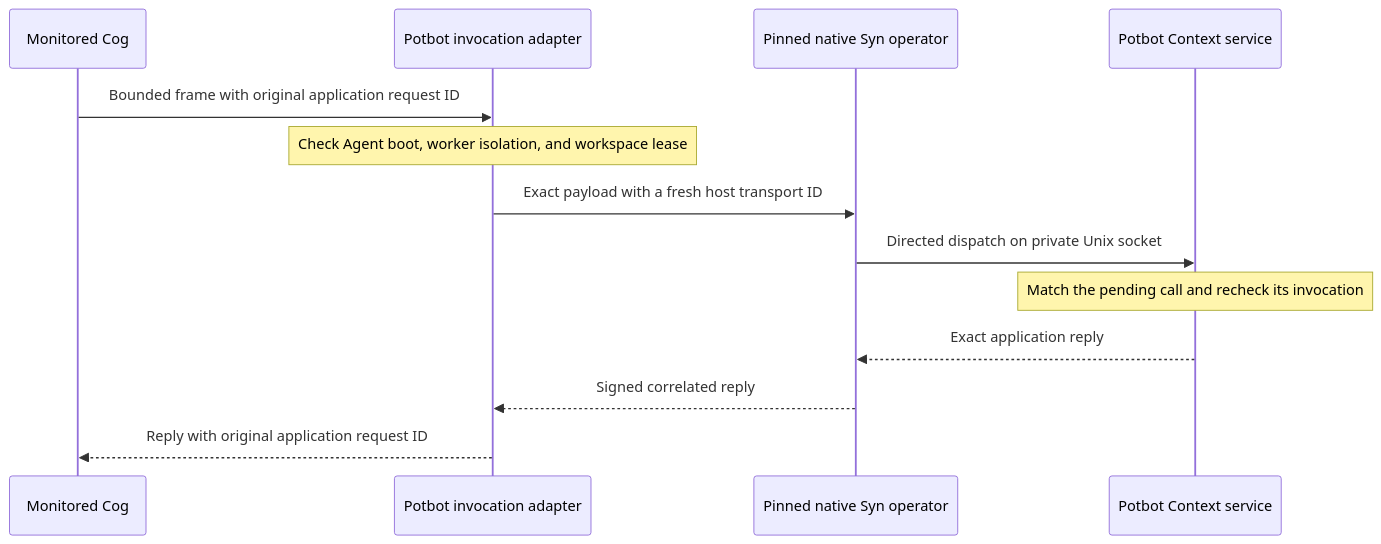
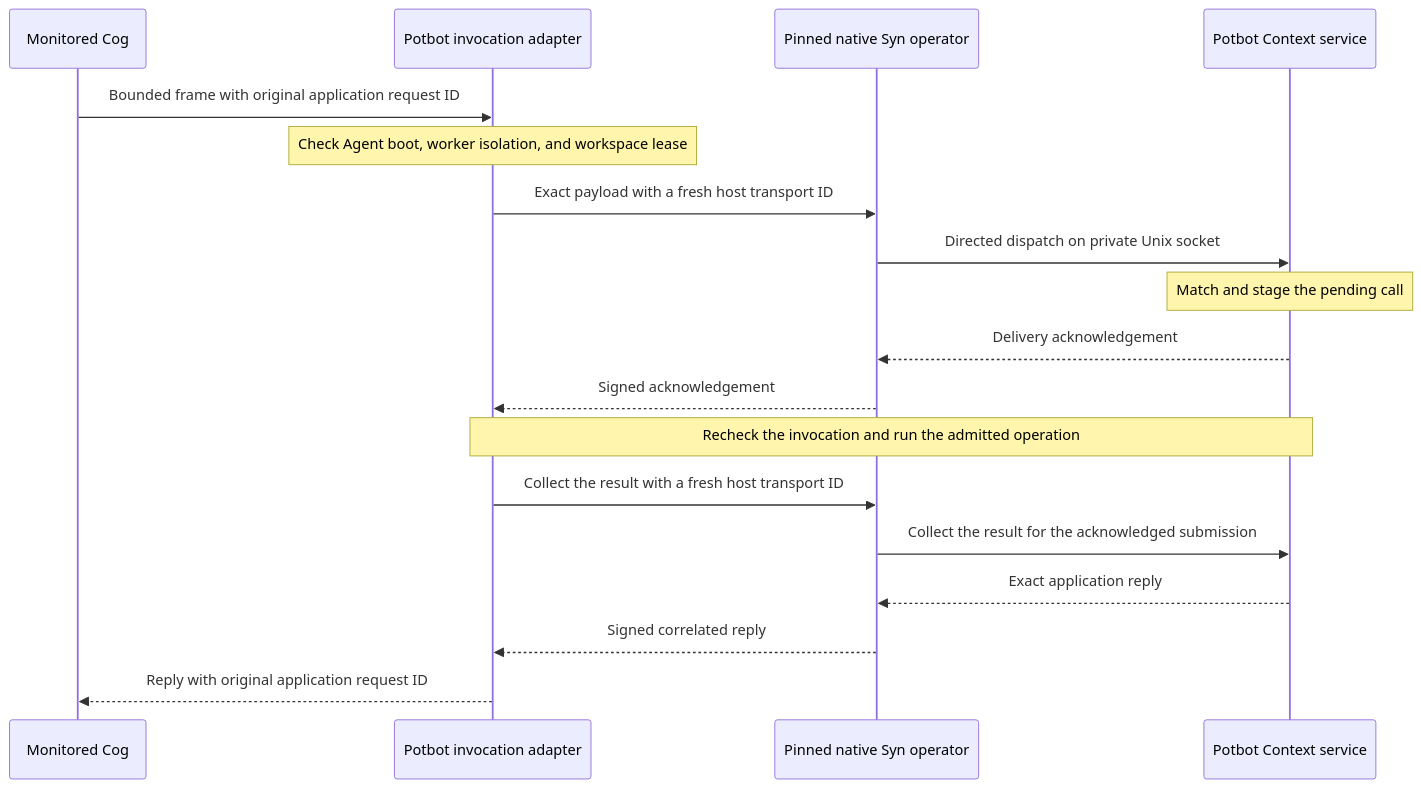
Before and after one commit to kieransimkin/potbot: the diagram in docs/implementation/context-rpc-syn-route.md, drawn with Mermaid. The commit also changed other lines of this file and 3 other files, not shown here.

Commit message:
Keep Context work outside the signed Syn socket deadline

````diff
--- a/docs/implementation/context-rpc-syn-route.md
+++ b/docs/implementation/context-rpc-syn-route.md
@@ -10,15 +10,20 @@
 ```mermaid
 sequenceDiagram
     participant Cog as Monitored Cog
     participant Host as Potbot invocation adapter
     participant Syn as Pinned native Syn operator
     participant Ctx as Potbot Context service
     Cog->>Host: Bounded frame with original application request ID
     Note over Host: Check Agent boot, worker isolation, and workspace lease
     Host->>Syn: Exact payload with a fresh host transport ID
     Syn->>Ctx: Directed dispatch on private Unix socket
-    Note over Ctx: Match the pending call and recheck its invocation
+    Note over Ctx: Match and stage the pending call
+    Ctx-->>Syn: Delivery acknowledgement
+    Syn-->>Host: Signed acknowledgement
+    Note over Host,Ctx: Recheck the invocation and run the admitted operation
+    Host->>Syn: Collect the result with a fresh host transport ID
+    Syn->>Ctx: Collect the result for the acknowledged submission
     Ctx-->>Syn: Exact application reply
     Syn-->>Host: Signed correlated reply
     Host-->>Cog: Reply with original application request ID
 ```
````
